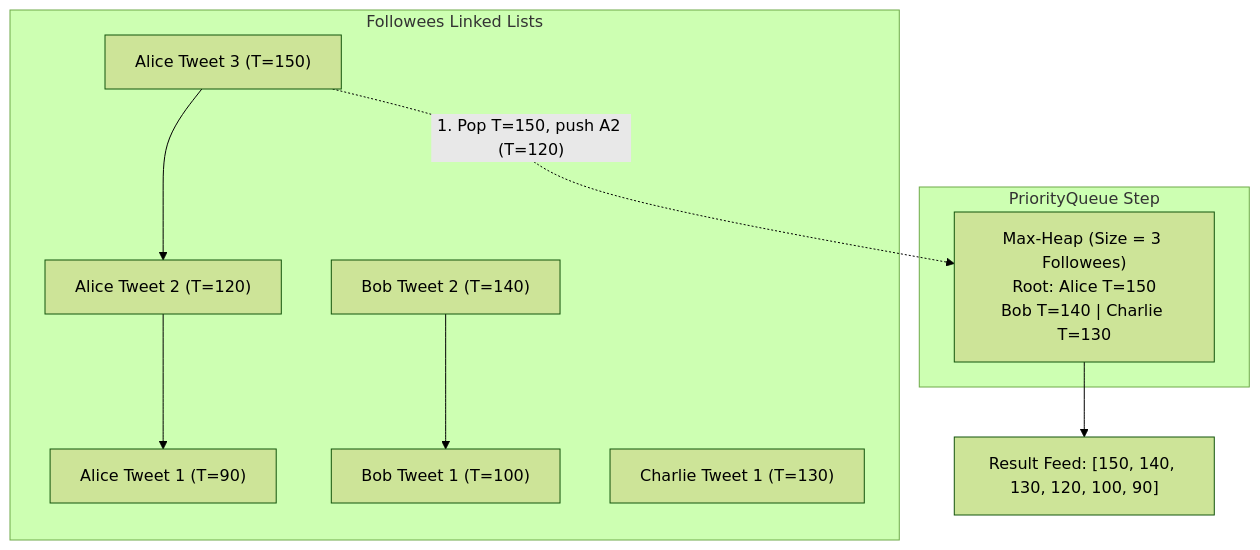
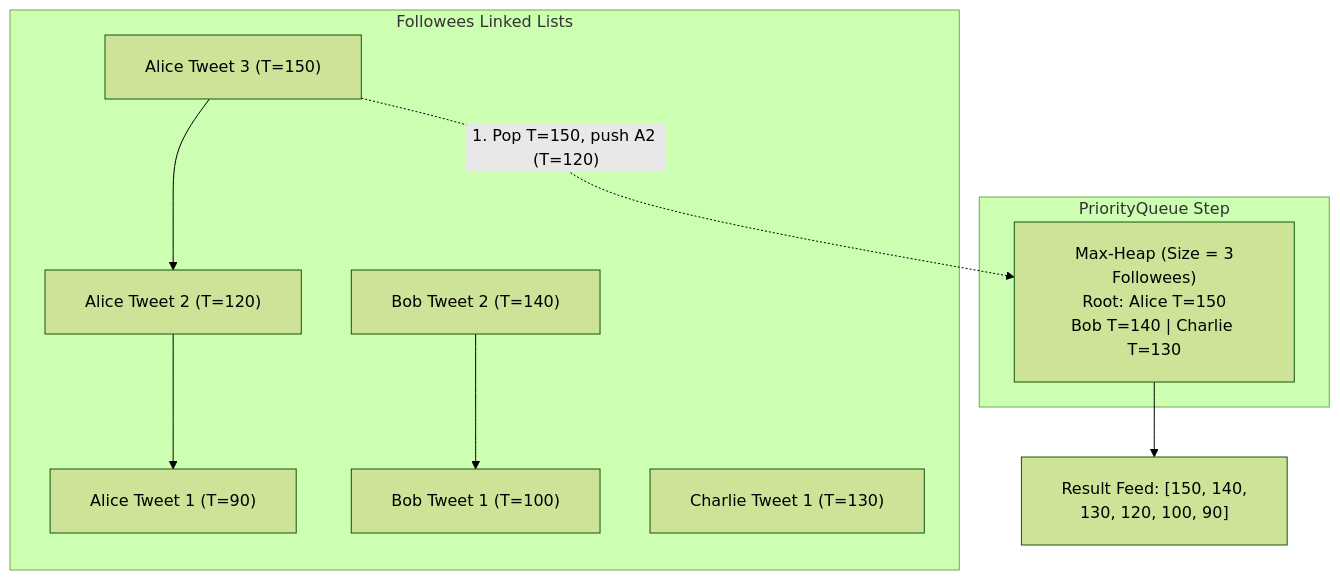
The second of 3 diagrams in LLD/03_Tier3_DSA_Screening/30_Social_Media_Feed_Twitter.md (dip4k/DSA_102), drawn with Mermaid (forest theme) before and after one commit. The commit also changed other lines of this file and 108 other files, not shown here.

First line of the commit message:
fix(mermaid): resolve diagram clipping, padding, and syntax issues across repo

````diff
--- a/LLD/03_Tier3_DSA_Screening/30_Social_Media_Feed_Twitter.md
+++ b/LLD/03_Tier3_DSA_Screening/30_Social_Media_Feed_Twitter.md
@@ -47,15 +48,16 @@
 ```mermaid
+%%{init: {"flowchart": {"htmlLabels": true, "padding": 20}}}%%
 graph TD
     subgraph Followees Linked Lists
         A1["Alice Tweet 3 (T=150)"] --> A2["Alice Tweet 2 (T=120)"] --> A3["Alice Tweet 1 (T=90)"]
         B1["Bob Tweet 2 (T=140)"] --> B2["Bob Tweet 1 (T=100)"]
         C1["Charlie Tweet 1 (T=130)"]
     end
 
     subgraph PriorityQueue Step
-        Heap["Max-Heap (Size = 3 Followees)<br/>Root: Alice T=150<br/>Bob T=140 | Charlie T=130"]
+        Heap["Max-Heap (Size = 3<br/>Followees)<br/>Root: Alice T=150<br/>Bob T=140 | Charlie T=130"]
     end
 
     A1 -.->|"1. Pop T=150, push A2 (T=120)"| Heap
-    Heap --> Out["Result Feed: [150, 140, 130, 120, 100, 90]"]
+    Heap --> Out["Result Feed: [150, 140,<br/>130, 120, 100, 90]"]
 ```
````
